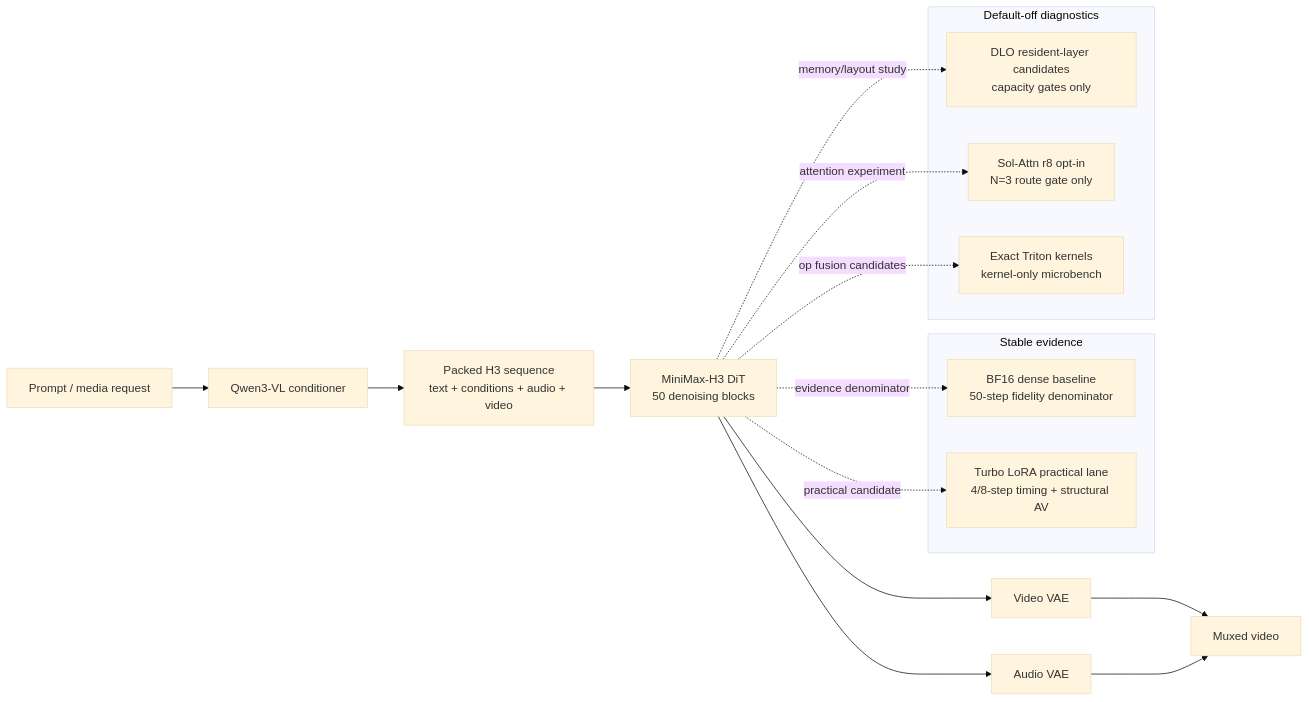
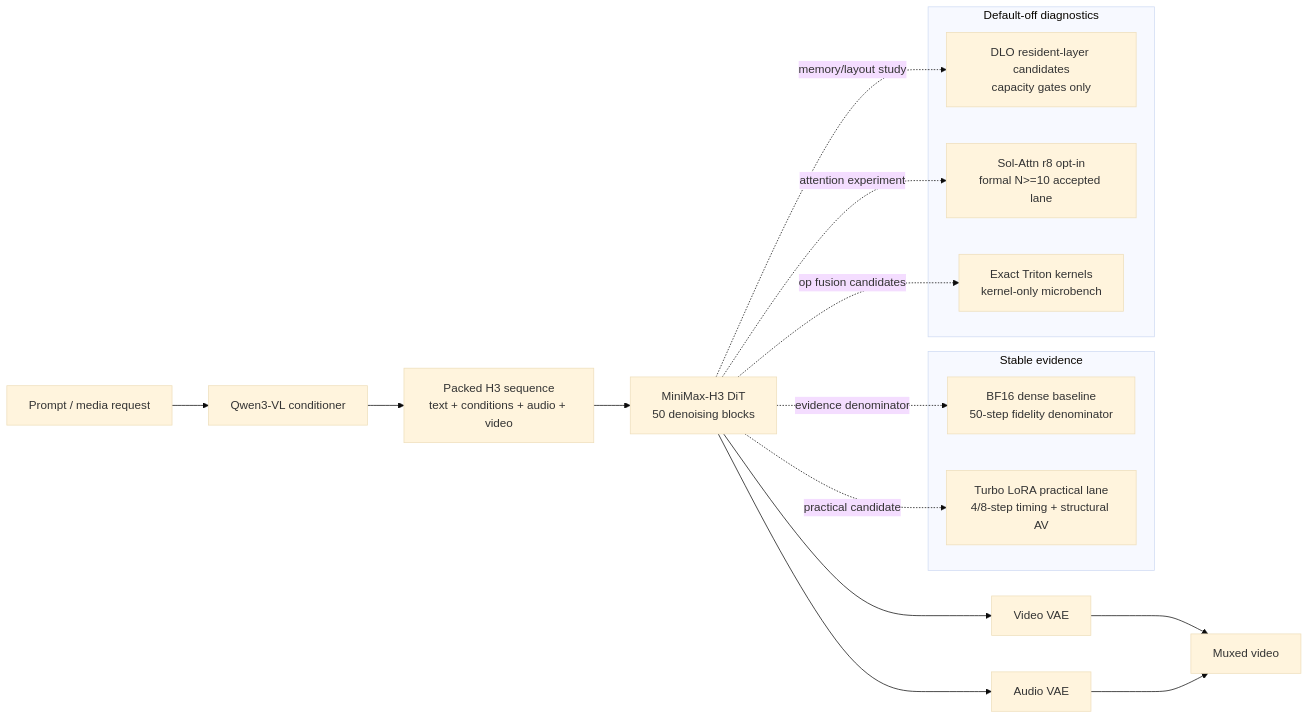
Before and after one commit to Argus-AiTeam/minimax-h3-desktop: the diagram in README.md, drawn with Mermaid (base theme). The commit also changed other lines of this file and 19 other files, not shown here.

````diff
--- a/README.md
+++ b/README.md
@@ -35,34 +35,34 @@
 ```mermaid
 flowchart LR
     U[Prompt / media request] --> T[Qwen3-VL conditioner]
     T --> P[Packed H3 sequence
 text + conditions + audio + video]
     P --> D[MiniMax-H3 DiT
 50 denoising blocks]
     D --> V[Video VAE]
     D --> A[Audio VAE]
     V --> M[Muxed video]
     A --> M
 
     subgraph Stable[Stable evidence]
       B[BF16 dense baseline
 50-step fidelity denominator]
       TB[Turbo LoRA practical lane
 4/8-step timing + structural AV]
     end
 
     subgraph Diagnostics[Default-off diagnostics]
       DLO[DLO resident-layer candidates
 capacity gates only]
       SOL[Sol-Attn r8 opt-in
-N=3 route gate only]
+formal N>=10 accepted lane]
       EX[Exact Triton kernels
 kernel-only microbench]
     end
 
     D -. evidence denominator .-> B
     D -. practical candidate .-> TB
     D -. memory/layout study .-> DLO
     D -. attention experiment .-> SOL
     D -. op fusion candidates .-> EX
 ```
````
